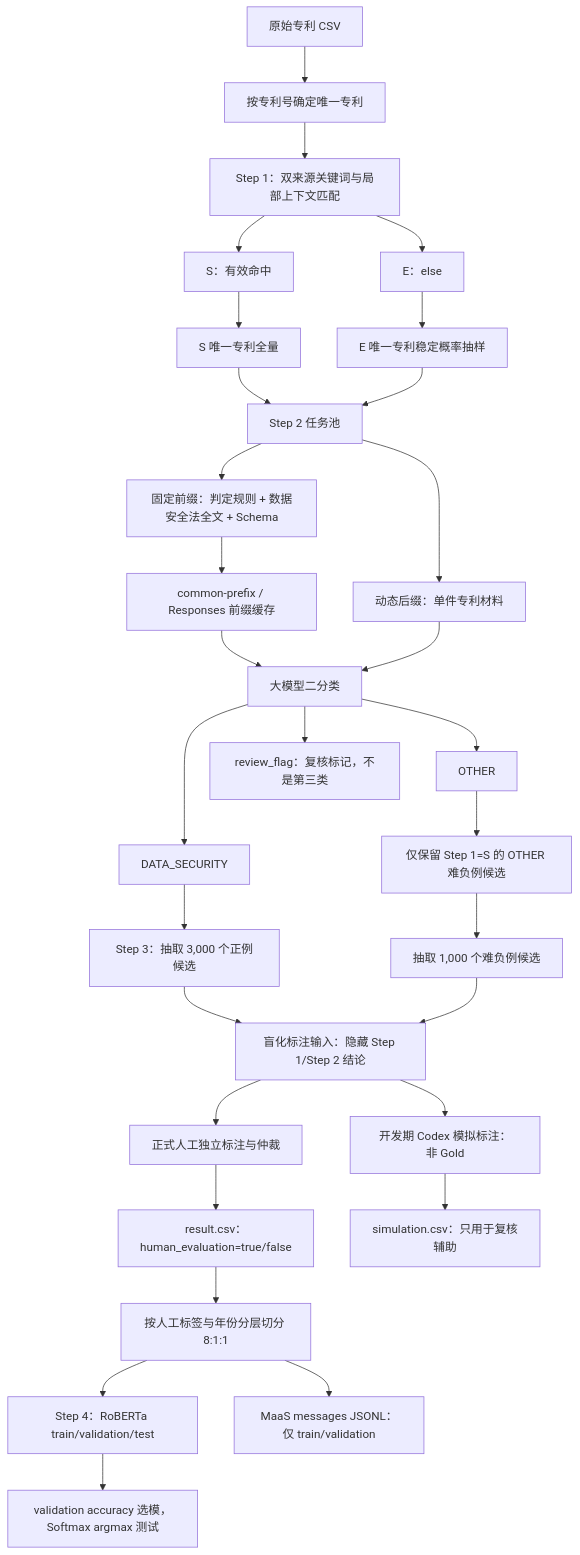
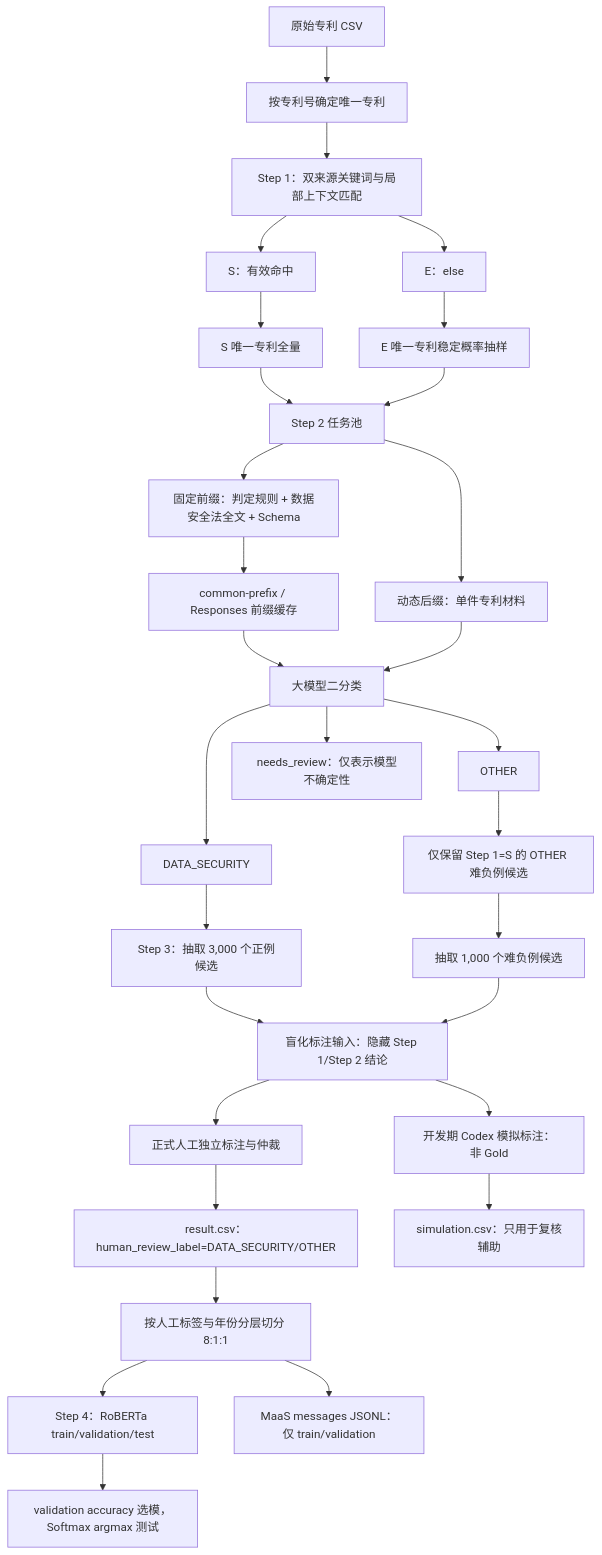
The diagram in docs/patent_identification_methodology.md (icy-swan/patent-data-security), drawn with Mermaid before and after one commit. The commit also changed other lines of this file and 26 other files, not shown here.

````diff
--- a/docs/patent_identification_methodology.md
+++ b/docs/patent_identification_methodology.md
@@ -74,32 +74,32 @@
 ```mermaid
 flowchart TB
     A["原始专利 CSV"] --> DEDUP["按专利号确定唯一专利"]
     DEDUP --> K["Step 1：双来源关键词与局部上下文匹配"]
     K --> S["S：有效命中"]
     K --> E["E：else"]
     S --> SA["S 唯一专利全量"]
     E --> ES["E 唯一专利稳定概率抽样"]
     SA --> Q["Step 2 任务池"]
     ES --> Q
     Q --> P["固定前缀：判定规则 + 数据安全法全文 + Schema"]
     Q --> X["动态后缀：单件专利材料"]
     P --> CACHE["common-prefix / Responses 前缀缓存"]
     CACHE --> LLM["大模型二分类"]
     X --> LLM
     LLM --> DS["DATA_SECURITY"]
     LLM --> O["OTHER"]
-    LLM --> REVIEW["review_flag：复核标记，不是第三类"]
+    LLM --> REVIEW["needs_review：仅表示模型不确定性"]
     DS --> POS["Step 3：抽取 3,000 个正例候选"]
     O --> HARD["仅保留 Step 1=S 的 OTHER 难负例候选"]
     HARD --> NEG["抽取 1,000 个难负例候选"]
     POS --> BLIND["盲化标注输入：隐藏 Step 1/Step 2 结论"]
     NEG --> BLIND
     BLIND --> HUMAN["正式人工独立标注与仲裁"]
     BLIND --> CODEX["开发期 Codex 模拟标注：非 Gold"]
-    HUMAN --> RESULTS["result.csv：human_evaluation=true/false"]
+    HUMAN --> RESULTS["result.csv：human_review_label=DATA_SECURITY/OTHER"]
     CODEX --> SIMULATION["simulation.csv：只用于复核辅助"]
     RESULTS --> SPLIT["按人工标签与年份分层切分 8:1:1"]
     SPLIT --> RDATA["Step 4：RoBERTa train/validation/test"]
     RDATA --> ROBERTA["validation accuracy 选模，Softmax argmax 测试"]
     SPLIT --> SFT["MaaS messages JSONL：仅 train/validation"]
 ```
````
